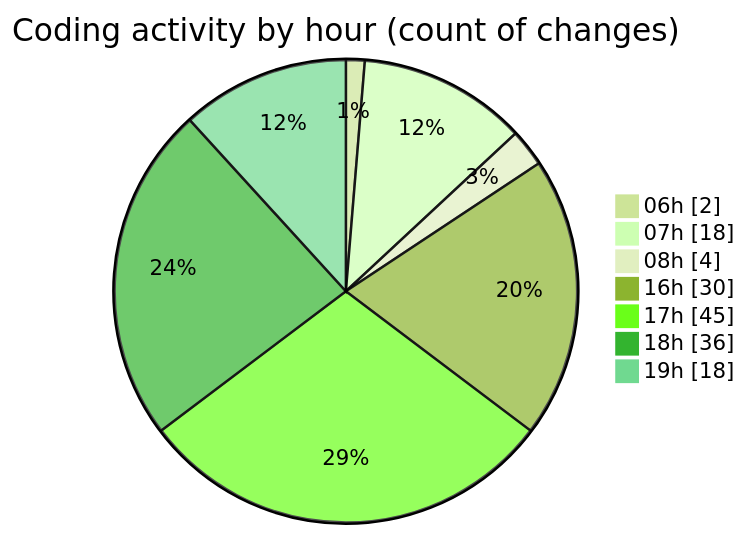
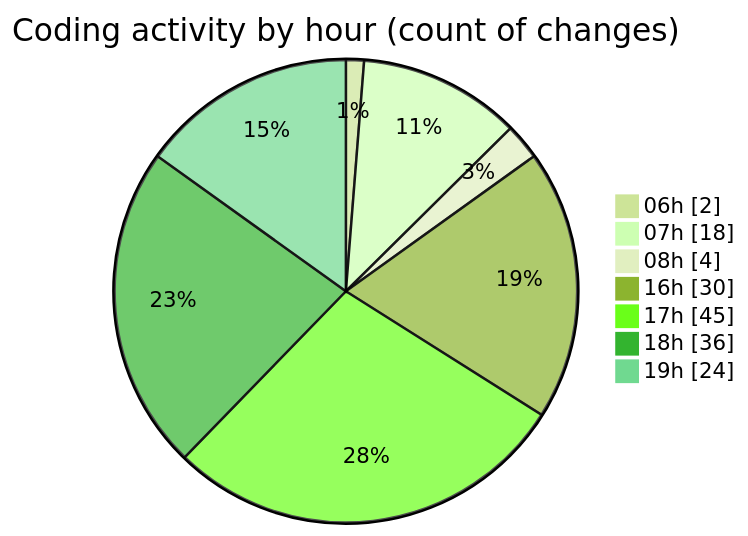
The second of 2 diagrams in 2025-01-27/termonied-web/README.md (robertbonfada/code-tracking), drawn with Mermaid (forest theme) before and after one commit. The commit also changed other lines of this file and 1 other file, not shown here.

````diff
--- a/2025-01-27/termonied-web/README.md
+++ b/2025-01-27/termonied-web/README.md
@@ -49,11 +52,11 @@
 ```mermaid
 pie showData
 title Coding activity by hour (count of changes)
 "06h" : 2
 "07h" : 18
 "08h" : 4
 "16h" : 30
 "17h" : 45
 "18h" : 36
-"19h" : 18
+"19h" : 24
 ```
````
